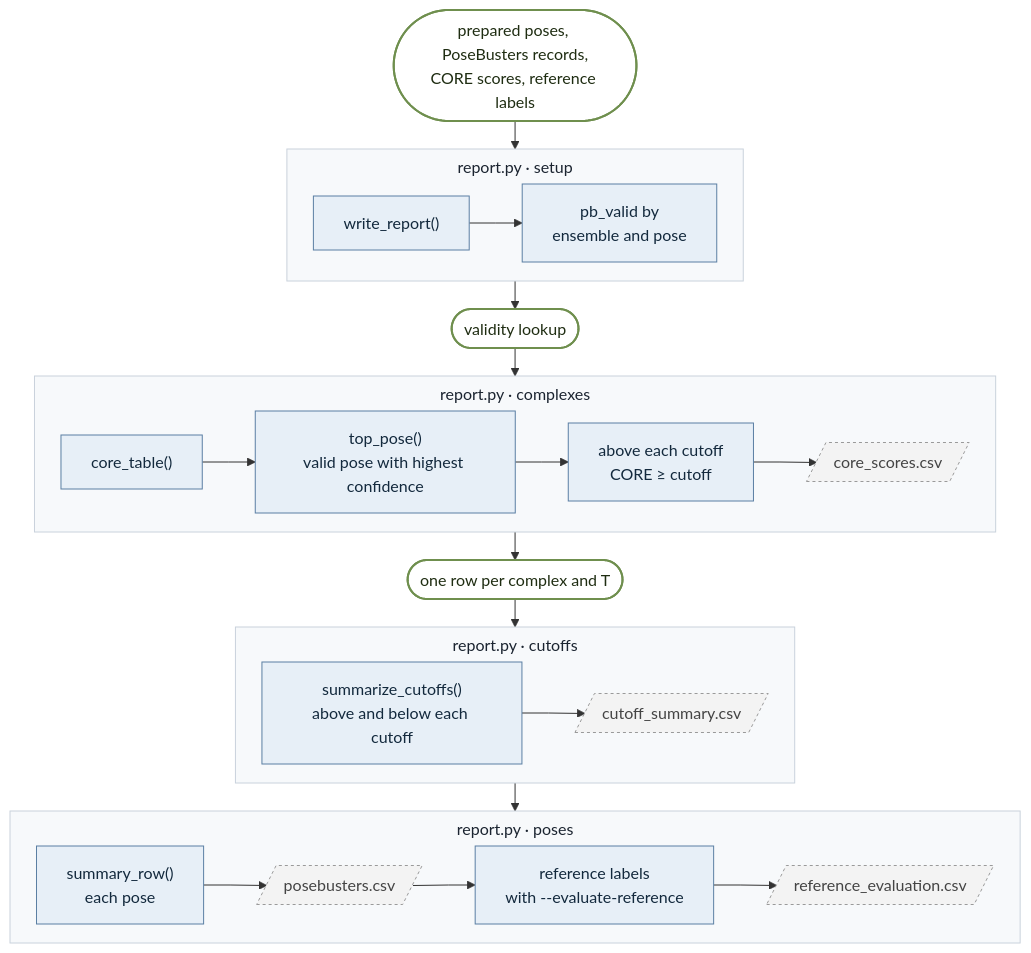
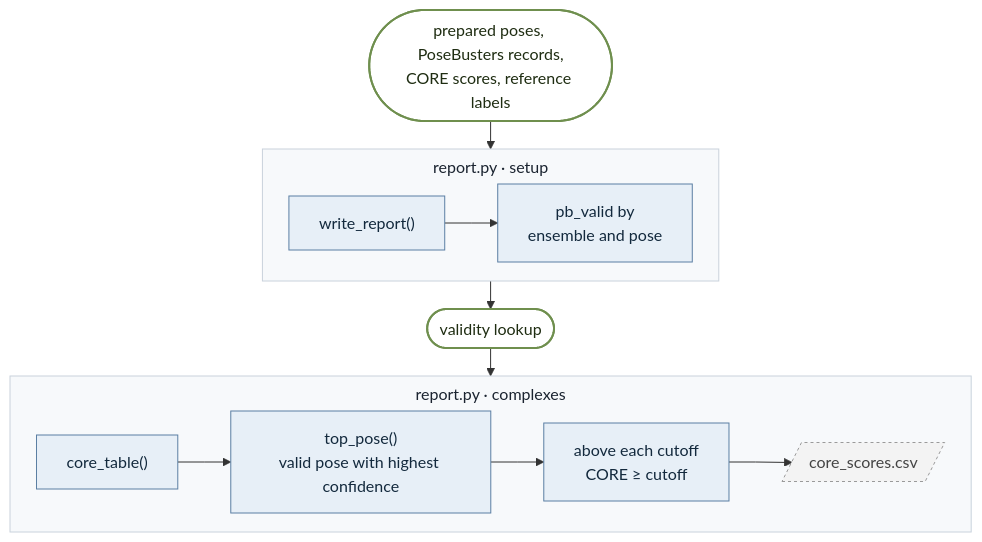
One commit to James-Broster/core-score changed the ninth of 9 diagrams in docs/code-map.md. Above: the diagram before and after it, drawn with Mermaid. The commit also changed other lines of this file and 5 other files, not shown here.

````diff
--- a/docs/code-map.md
+++ b/docs/code-map.md
@@ -384,36 +384,25 @@
 ```mermaid
 %%{init: {"flowchart": {"curve": "linear", "nodeSpacing": 18, "rankSpacing": 28, "subGraphTitleMargin": {"top": 6, "bottom": 10}}}}%%
 flowchart TB
     classDef fn fill:#e7eff7,stroke:#5b7fa3,color:#13293d
     classDef data fill:#ffffff,stroke:#6f8f4e,color:#1f2d12,stroke-width:2px
     classDef file fill:#f3f3f3,stroke:#9a9a9a,color:#444,stroke-dasharray:3 3
     classDef stage fill:#f7f9fb,stroke:#c9d2dc,color:#1b2430
 
     start(["prepared poses, PoseBusters records,<br/>CORE scores, reference labels"]):::data
 
     subgraph D1["report.py · setup"]
         direction LR
         a1["write_report()"]:::fn --> a2["pb_valid by<br/>ensemble and pose"]:::fn
     end
     d1(["validity lookup"]):::data
 
     subgraph D2["report.py · complexes"]
         direction LR
         b1["core_table()"]:::fn --> b2["top_pose()<br/>valid pose with highest confidence"]:::fn --> b3["above each cutoff<br/>CORE ≥ cutoff"]:::fn --> b4[/"core_scores.csv"/]:::file
     end
-    d2(["one row per complex and T"]):::data
 
-    subgraph D3["report.py · cutoffs"]
-        direction LR
-        c1["summarize_cutoffs()<br/>above and below each cutoff"]:::fn --> c2[/"cutoff_summary.csv"/]:::file
-    end
+    start --> D1 --> d1 --> D2
 
-    subgraph D4["report.py · poses"]
-        direction LR
-        e1["summary_row()<br/>each pose"]:::fn --> e2[/"posebusters.csv"/]:::file --> e3["reference labels<br/>with --evaluate-reference"]:::fn --> e4[/"reference_evaluation.csv"/]:::file
-    end
-
-    start --> D1 --> d1 --> D2 --> d2 --> D3 --> D4
-
-    class D1,D2,D3,D4 stage
+    class D1,D2 stage
 ```
````
